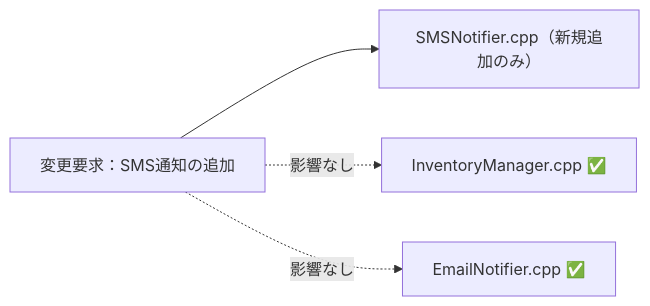
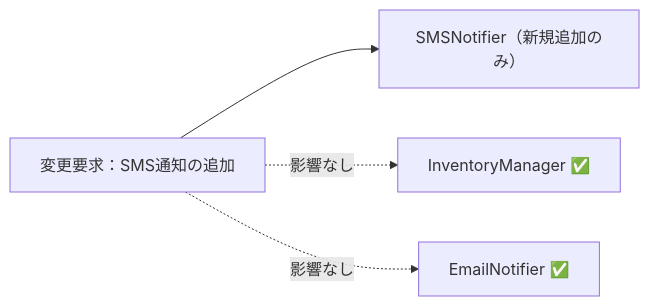
One commit to kumachan1101-pixel/DesignPattern changed the fourth of 5 diagrams in kindle/design-patterns/output/chapter07.md. Above: the diagram before and after it, drawn with Mermaid. The commit also changed other lines of this file and 8 other files, not shown here.

````diff
--- a/kindle/design-patterns/output/chapter07.md
+++ b/kindle/design-patterns/output/chapter07.md
@@ -818,7 +818,7 @@
 ```mermaid
 graph LR
-    T1["変更要求：SMS通知の追加"] --> F1["SMSNotifier.cpp（新規追加のみ）"]
-    T1 -. "影響なし" .-> A["InventoryManager.cpp ✅"]
-    T1 -. "影響なし" .-> B["EmailNotifier.cpp ✅"]
+    T1["変更要求：SMS通知の追加"] --> F1["SMSNotifier（新規追加のみ）"]
+    T1 -. "影響なし" .-> A["InventoryManager ✅"]
+    T1 -. "影響なし" .-> B["EmailNotifier ✅"]
 
 ```
````
